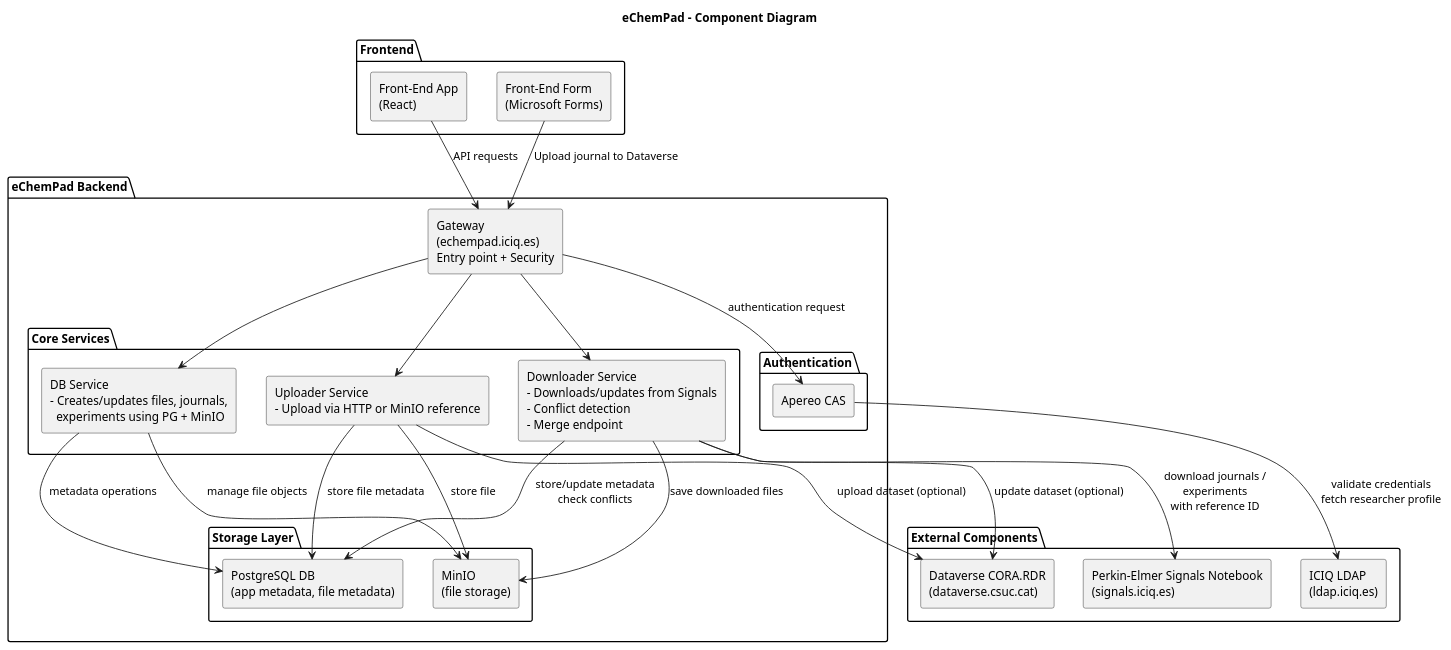
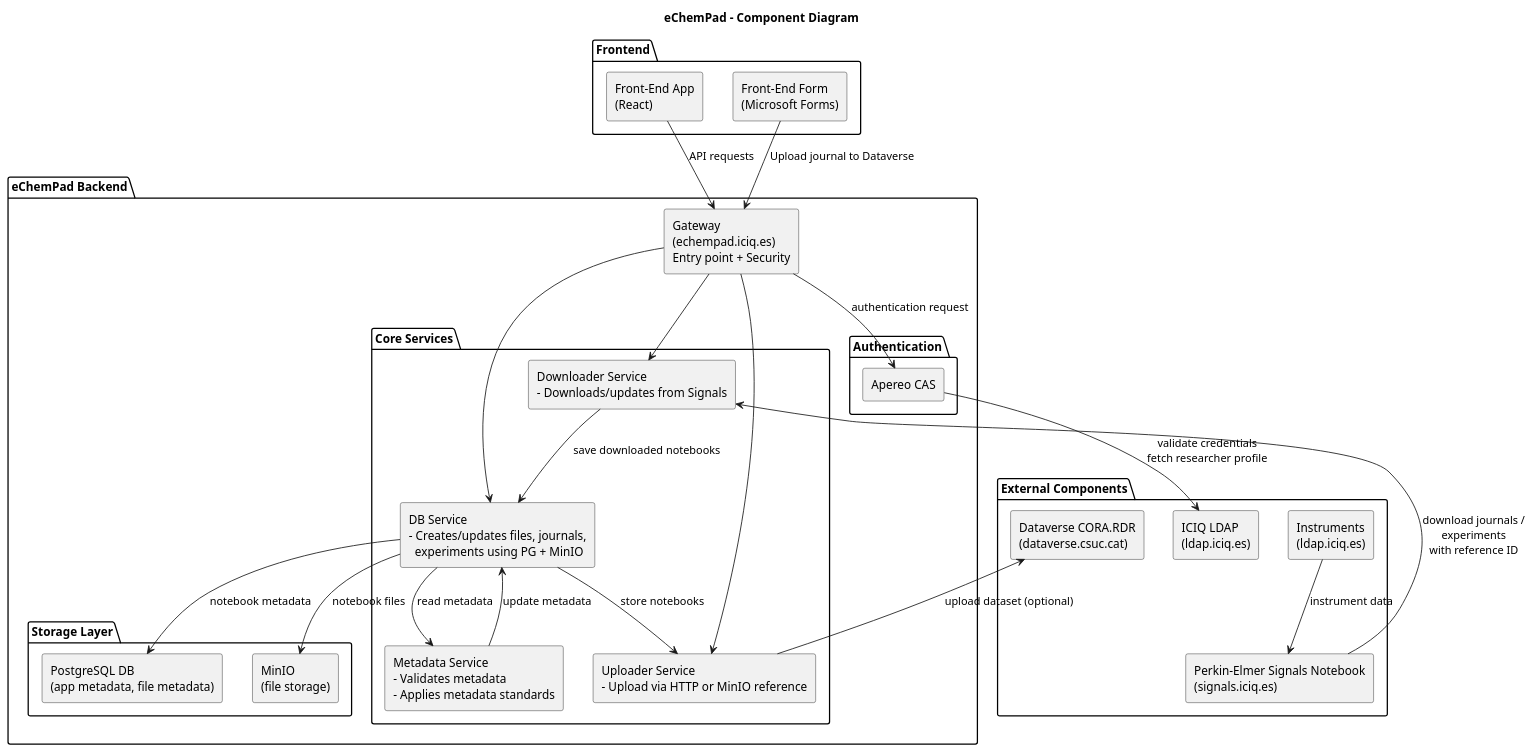
Before and after one commit to ICIQ-DMP/diagrams: the diagram in diagrams/echempad.puml, drawn with PlantUML.

Commit message:
CHANGED: eChempad diagram

```diff
--- a/diagrams/echempad.puml
+++ b/diagrams/echempad.puml
@@ -1,84 +1,89 @@
 @startuml
 title eChemPad – Component Diagram
 
 skinparam componentStyle rectangle
 skinparam shadowing false
 skinparam wrapWidth 250
 skinparam maxMessageSize 200
 
 ' -----------------------------------------------------------
 ' External Systems
 ' -----------------------------------------------------------
 package "External Components" {
     [Dataverse CORA.RDR\n(dataverse.csuc.cat)] as Dataverse
     [Perkin-Elmer Signals Notebook\n(signals.iciq.es)] as Signals
     [ICIQ LDAP\n(ldap.iciq.es)] as LDAP
+    [Instruments\n(ldap.iciq.es)] as ins
 }
 
 ' -----------------------------------------------------------
 ' Internal Backend Architecture
 ' -----------------------------------------------------------
 package "eChemPad Backend" {
 
     package "Storage Layer" {
         [PostgreSQL DB\n(app metadata, file metadata)] as PG
         [MinIO\n(file storage)] as MinIO
     }
 
     package "Authentication" {
         [Apereo CAS] as CAS
     }
 
     package "Core Services" {
         [Uploader Service\n- Upload via HTTP or MinIO reference] as Uploader
-        [Downloader Service\n- Downloads/updates from Signals\n- Conflict detection\n- Merge endpoint] as Downloader
+        [Downloader Service\n- Downloads/updates from Signals] as Downloader
+        [Metadata Service\n- Validates metadata\n- Applies metadata standards] as Metadata
         [DB Service\n- Creates/updates files, journals,\n  experiments using PG + MinIO] as DBService
     }
 
     [Gateway\n(echempad.iciq.es)\nEntry point + Security] as Gateway
 }
 
 ' -----------------------------------------------------------
 ' Frontend Layer
 ' -----------------------------------------------------------
 package "Frontend" {
     [Front-End App\n(React)] as FEApp
     [Front-End Form\n(Microsoft Forms)] as FEForm
 }
 
 ' -----------------------------------------------------------
 ' Connections
 ' -----------------------------------------------------------
 
 ' Frontends → Gateway
 FEApp --> Gateway : API requests
 FEForm --> Gateway : Upload journal to Dataverse
 
 ' Gateway → Core Services
 Gateway --> Uploader
 Gateway --> Downloader
 Gateway --> DBService
 Gateway --> CAS : authentication request
 
 ' CAS → LDAP
 CAS --> LDAP : validate credentials\nfetch researcher profile
 
 ' Core Services → Storage
-Uploader --> MinIO : store file
-Uploader --> PG : store file metadata
+DBService --> PG : notebook metadata
+DBService --> MinIO : notebook files
 
-DBService --> PG : metadata operations
-DBService --> MinIO : manage file objects
+' External Signals → Downloader
+Signals --> Downloader: download journals / experiments\nwith reference ID
 
-' Downloader → External Signals
-Downloader --> Signals : download journals / experiments\nwith reference ID
-
-' Downloader → Storage
-Downloader --> MinIO : save downloaded files
-Downloader --> PG : store/update metadata\ncheck conflicts
+' Downloader → DB service
+Downloader --> DBService : save downloaded notebooks
 
 ' Uploader/Downloader → Dataverse
 Uploader --> Dataverse : upload dataset (optional)
-Downloader --> Dataverse : update dataset (optional)
+DBService --> Uploader : store notebooks
+
+' Instruments → Signals
+ins --> Signals : instrument data
+
+' Metadata
+Metadata --> DBService : update metadata
+DBService --> Metadata: read metadata
 
 @enduml
```
